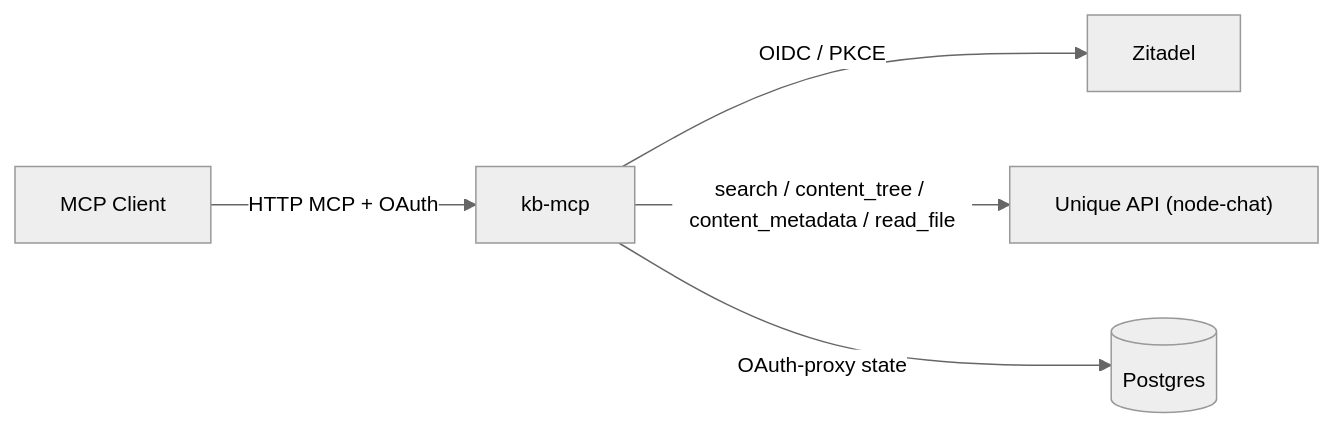
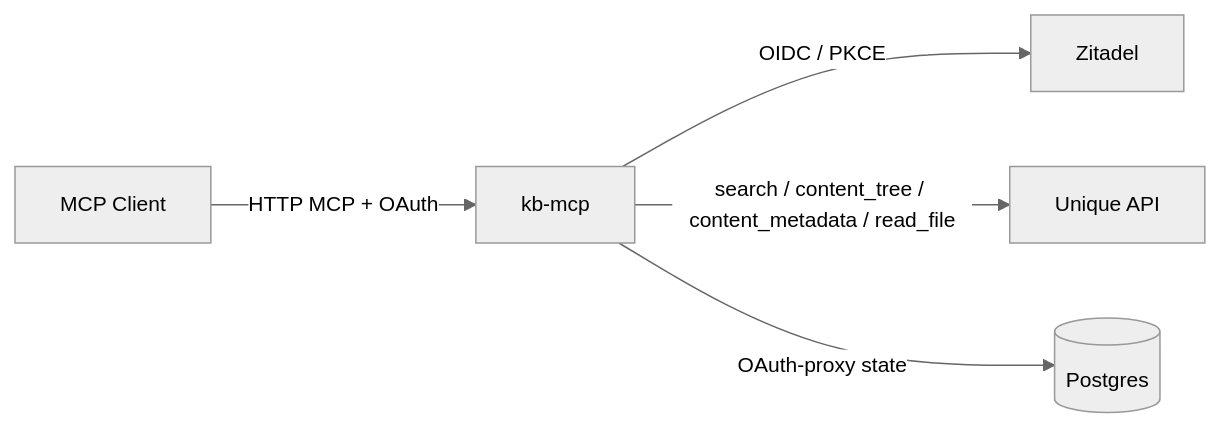
The diagram in services/kb-mcp/docs/technical/architecture.md (Unique-AG/connectors), drawn with Mermaid before and after one commit. The commit also changed other lines of this file and 4 other files, not shown here.

First line of the commit message:
docs(kb-mcp): address Flo's review, admin config split and LLM arg flow

````diff
--- a/services/kb-mcp/docs/technical/architecture.md
+++ b/services/kb-mcp/docs/technical/architecture.md
@@ -11,8 +11,8 @@
 ```mermaid
 %%{init: {'theme': 'neutral', 'themeVariables': { 'fontSize': '14px' }}}%%
 flowchart LR
     Client["MCP Client"] -->|"HTTP MCP + OAuth"| KbMcp["kb-mcp"]
     KbMcp -->|"OIDC / PKCE"| Zitadel["Zitadel"]
-    KbMcp -->|"search / content_tree / content_metadata / read_file"| NodeChat["Unique API (node-chat)"]
+    KbMcp -->|"search / content_tree / content_metadata / read_file"| NodeChat["Unique API"]
     KbMcp -->|"OAuth-proxy state"| Postgres[("Postgres")]
 ```
````
